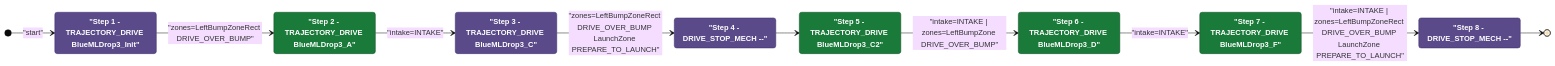
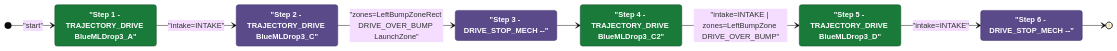
The diagram in documents/auton/BlueBDepKeep3NDepNOutScoreNCliWin.md (Team302/2026Rebuilt), drawn with Mermaid (base theme) before and after one commit. The commit also changed other lines of this file and 131 other files, not shown here.

First line of the commit message:
docs(auton): regenerate Mermaid diagrams [skip ci]

````diff
--- a/documents/auton/BlueBDepKeep3NDepNOutScoreNCliWin.md
+++ b/documents/auton/BlueBDepKeep3NDepNOutScoreNCliWin.md
@@ -8,36 +8,30 @@
 ```mermaid
 stateDiagram-v2
     direction LR
 
     %% Green = intake active, Purple = intake off
     classDef intake  fill:#1a7a3a,color:#ffffff,stroke:#0d4a1f,font-weight:bold
     classDef noIntake fill:#5a4a8a,color:#ffffff,stroke:#3a2a6a,font-weight:bold
 
-    Step1 : "Step 1 - TRAJECTORY_DRIVE BlueMLDrop3_Init"
-    Step2 : "Step 2 - TRAJECTORY_DRIVE BlueMLDrop3_A"
-    Step3 : "Step 3 - TRAJECTORY_DRIVE BlueMLDrop3_C"
-    Step4 : "Step 4 - DRIVE_STOP_MECH --"
-    Step5 : "Step 5 - TRAJECTORY_DRIVE BlueMLDrop3_C2"
-    Step6 : "Step 6 - TRAJECTORY_DRIVE BlueMLDrop3_D"
-    Step7 : "Step 7 - TRAJECTORY_DRIVE BlueMLDrop3_F"
-    Step8 : "Step 8 - DRIVE_STOP_MECH --"
+    Step1 : "Step 1 - TRAJECTORY_DRIVE BlueMLDrop3_A"
+    Step2 : "Step 2 - TRAJECTORY_DRIVE BlueMLDrop3_C"
+    Step3 : "Step 3 - DRIVE_STOP_MECH --"
+    Step4 : "Step 4 - TRAJECTORY_DRIVE BlueMLDrop3_C2"
+    Step5 : "Step 5 - TRAJECTORY_DRIVE BlueMLDrop3_D"
+    Step6 : "Step 6 - DRIVE_STOP_MECH --"
 
-    class Step1 noIntake
-    class Step2 intake
+    class Step1 intake
+    class Step2 noIntake
     class Step3 noIntake
-    class Step4 noIntake
+    class Step4 intake
     class Step5 intake
-    class Step6 intake
-    class Step7 intake
-    class Step8 noIntake
+    class Step6 noIntake
 
     [*] --> Step1 : "start"
-    Step1 --> Step2: "zones=LeftBumpZoneRect DRIVE_OVER_BUMP"
-    Step2 --> Step3: "intake=INTAKE"
-    Step3 --> Step4: "zones=LeftBumpZoneRect DRIVE_OVER_BUMP LaunchZone PREPARE_TO_LAUNCH"
-    Step4 --> Step5
-    Step5 --> Step6: "intake=INTAKE | zones=LeftBumpZone DRIVE_OVER_BUMP"
-    Step6 --> Step7: "intake=INTAKE"
-    Step7 --> Step8: "intake=INTAKE | zones=LeftBumpZoneRect DRIVE_OVER_BUMP LaunchZone PREPARE_TO_LAUNCH"
-    Step8 --> [*]
+    Step1 --> Step2: "intake=INTAKE"
+    Step2 --> Step3: "zones=LeftBumpZoneRect DRIVE_OVER_BUMP LaunchZone"
+    Step3 --> Step4
+    Step4 --> Step5: "intake=INTAKE | zones=LeftBumpZone DRIVE_OVER_BUMP"
+    Step5 --> Step6: "intake=INTAKE"
+    Step6 --> [*]
 ```
````
